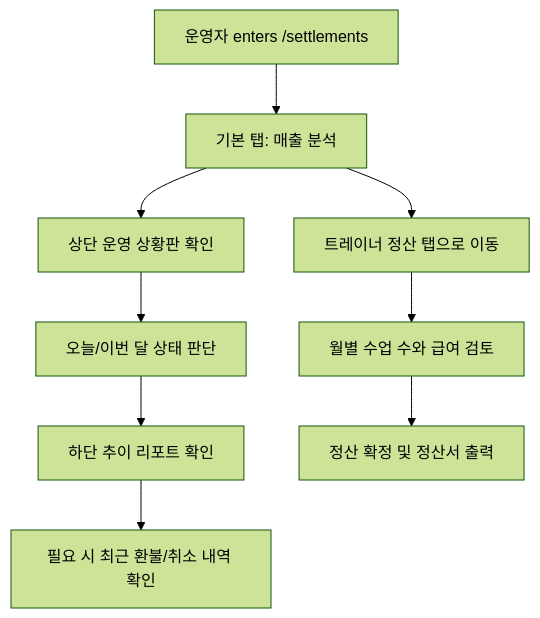
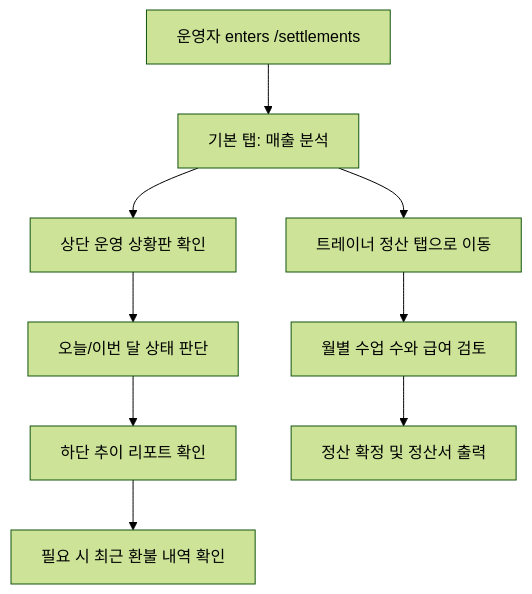
The diagram in docs/brainstorms/2026-04-03-settlements-analytics-and-trainer-payroll-requirements.md (Again-D/GymCRM_V2), drawn with Mermaid (forest theme) before and after one commit. The commit also changed other lines of this file and 17 other files, not shown here.

````diff
--- a/docs/brainstorms/2026-04-03-settlements-analytics-and-trainer-payroll-requirements.md
+++ b/docs/brainstorms/2026-04-03-settlements-analytics-and-trainer-payroll-requirements.md
@@ -13,11 +13,11 @@
 ```mermaid
 flowchart TB
     A["운영자 enters /settlements"] --> B["기본 탭: 매출 분석"]
     B --> C["상단 운영 상황판 확인"]
     C --> D["오늘/이번 달 상태 판단"]
     D --> E["하단 추이 리포트 확인"]
-    E --> F["필요 시 최근 환불/취소 내역 확인"]
+    E --> F["필요 시 최근 환불 내역 확인"]
     B --> G["트레이너 정산 탭으로 이동"]
     G --> H["월별 수업 수와 급여 검토"]
     H --> I["정산 확정 및 정산서 출력"]
 ```
````
